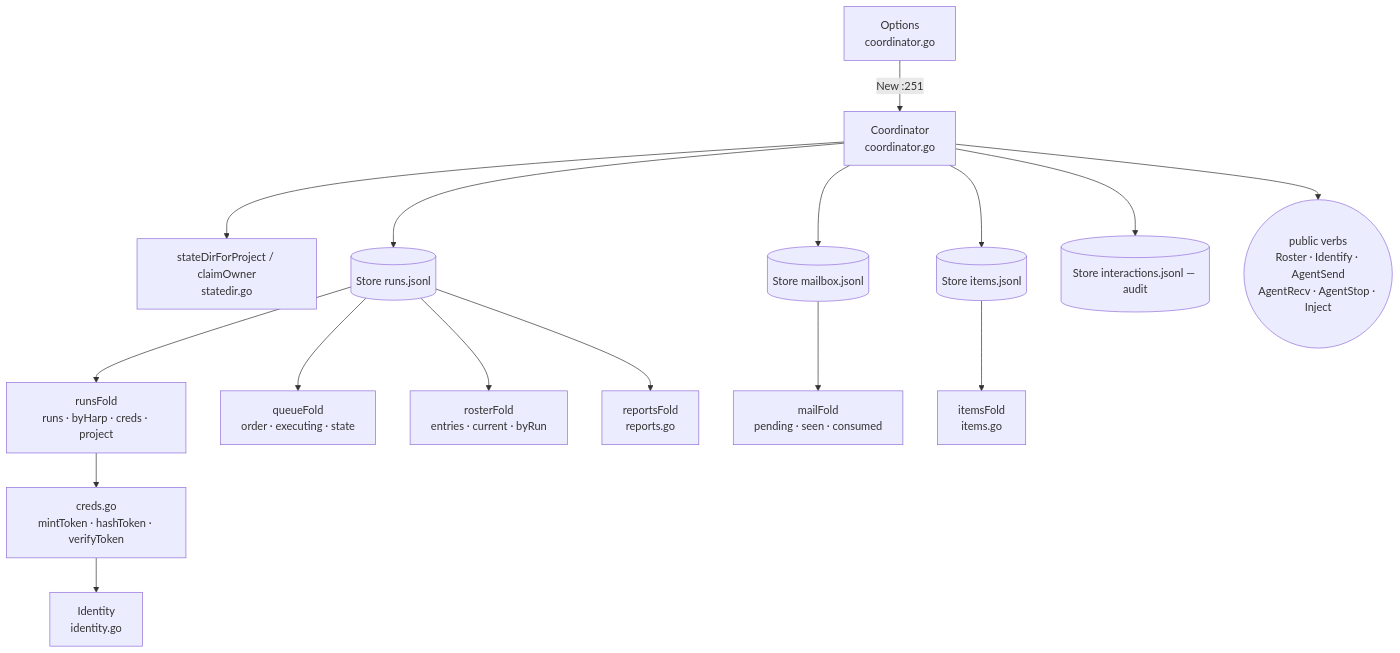
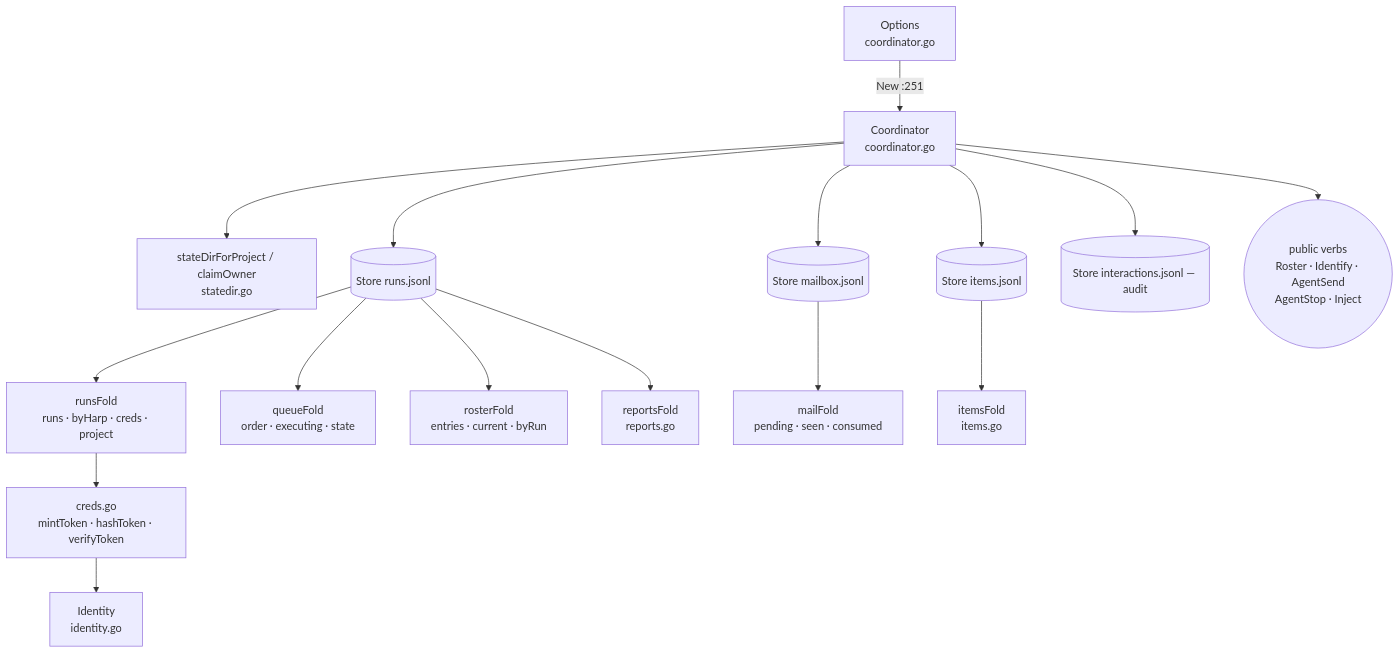
Before and after one commit to ctxloom/ctxloom: the diagram in docs/architecture/agentcoord/coordinator-core.md, drawn with Mermaid. The commit also changed other lines of this file and 13 other files, not shown here.

````diff
--- a/docs/architecture/agentcoord/coordinator-core.md
+++ b/docs/architecture/agentcoord/coordinator-core.md
@@ -14,18 +14,18 @@
 ```mermaid
 flowchart TD
   OPT["Options<br/>coordinator.go"] -->|New :251| C["Coordinator<br/>coordinator.go"]
   C --> SD["stateDirForProject / claimOwner<br/>statedir.go"]
   C --> RS[("Store runs.jsonl")]
   C --> MS[("Store mailbox.jsonl")]
   C --> IS[("Store items.jsonl")]
   C --> AS[("Store interactions.jsonl — audit")]
   RS --> RF["runsFold<br/>runs · byHarp · creds · project"]
   RS --> QF["queueFold<br/>order · executing · state"]
   RS --> RoF["rosterFold<br/>entries · current · byRun"]
   RS --> RepF["reportsFold<br/>reports.go"]
   MS --> MF["mailFold<br/>pending · seen · consumed"]
   IS --> IF["itemsFold<br/>items.go"]
   RF --> CR["creds.go<br/>mintToken · hashToken · verifyToken"]
   CR --> ID["Identity<br/>identity.go"]
-  C --> API(("public verbs<br/>Roster · Identify · AgentSend<br/>AgentRecv · AgentStop · Inject"))
+  C --> API(("public verbs<br/>Roster · Identify · AgentSend<br/>AgentStop · Inject"))
 ```
````
